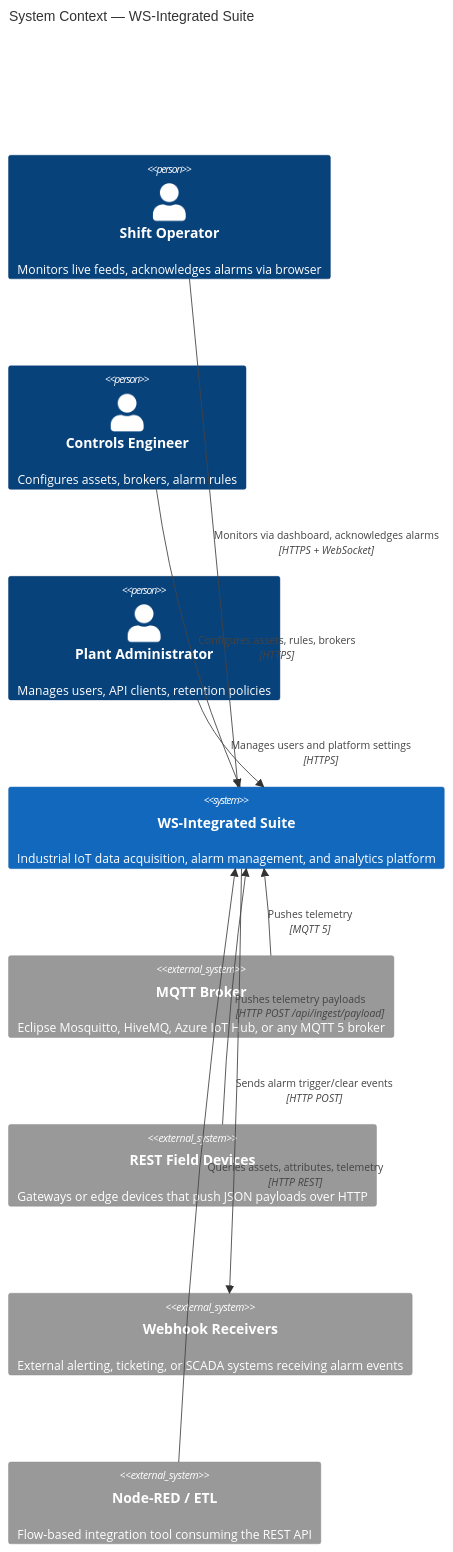
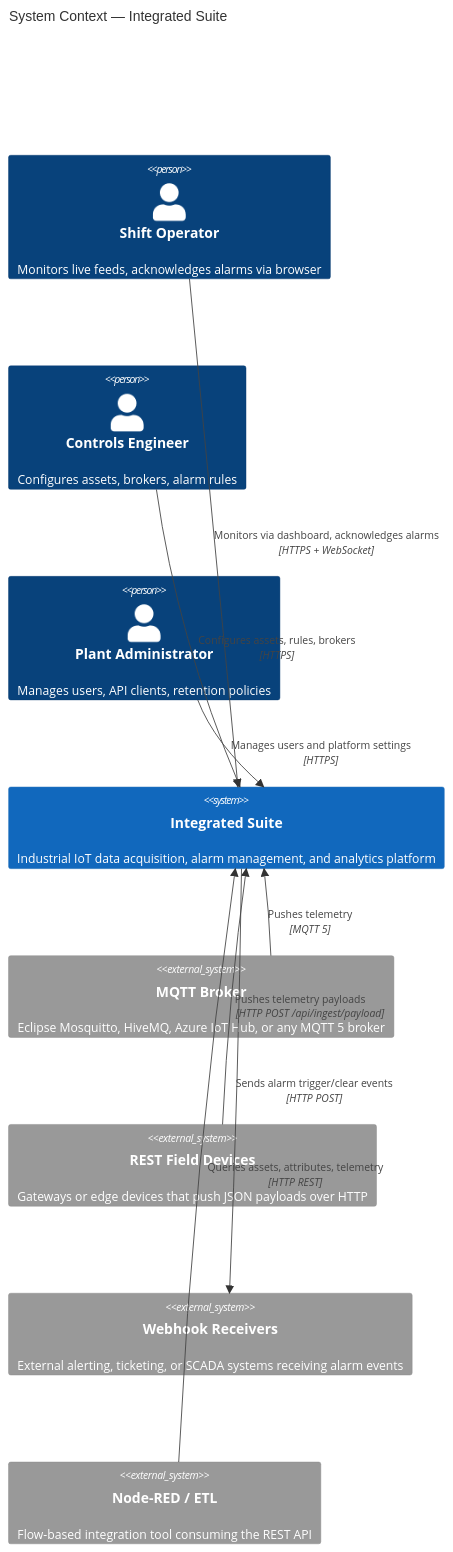
The diagram in docs/architecture/02-c4-context.md (Debasish-951/Nexus-IoT), drawn with Mermaid before and after one commit. The commit also changed 14 other files, not shown here.

````diff
--- a/docs/architecture/02-c4-context.md
+++ b/docs/architecture/02-c4-context.md
@@ -9,23 +9,23 @@
 ```mermaid
 C4Context
-    title System Context — WS-Integrated Suite
+    title System Context — Integrated Suite
 
     Person(operator, "Shift Operator", "Monitors live feeds, acknowledges alarms via browser")
     Person(engineer, "Controls Engineer", "Configures assets, brokers, alarm rules")
     Person(admin, "Plant Administrator", "Manages users, API clients, retention policies")
 
-    System(platform, "WS-Integrated Suite", "Industrial IoT data acquisition, alarm management, and analytics platform")
+    System(platform, "Integrated Suite", "Industrial IoT data acquisition, alarm management, and analytics platform")
 
     System_Ext(mqtt_broker, "MQTT Broker", "Eclipse Mosquitto, HiveMQ, Azure IoT Hub, or any MQTT 5 broker")
     System_Ext(rest_devices, "REST Field Devices", "Gateways or edge devices that push JSON payloads over HTTP")
     System_Ext(webhook_receiver, "Webhook Receivers", "External alerting, ticketing, or SCADA systems receiving alarm events")
     System_Ext(nodered, "Node-RED / ETL", "Flow-based integration tool consuming the REST API")
 
     Rel(operator, platform, "Monitors via dashboard, acknowledges alarms", "HTTPS + WebSocket")
     Rel(engineer, platform, "Configures assets, rules, brokers", "HTTPS")
     Rel(admin, platform, "Manages users and platform settings", "HTTPS")
     Rel(mqtt_broker, platform, "Pushes telemetry", "MQTT 5")
     Rel(rest_devices, platform, "Pushes telemetry payloads", "HTTP POST /api/ingest/payload")
     Rel(platform, webhook_receiver, "Sends alarm trigger/clear events", "HTTP POST")
     Rel(nodered, platform, "Queries assets, attributes, telemetry", "HTTP REST")
 ```
````
